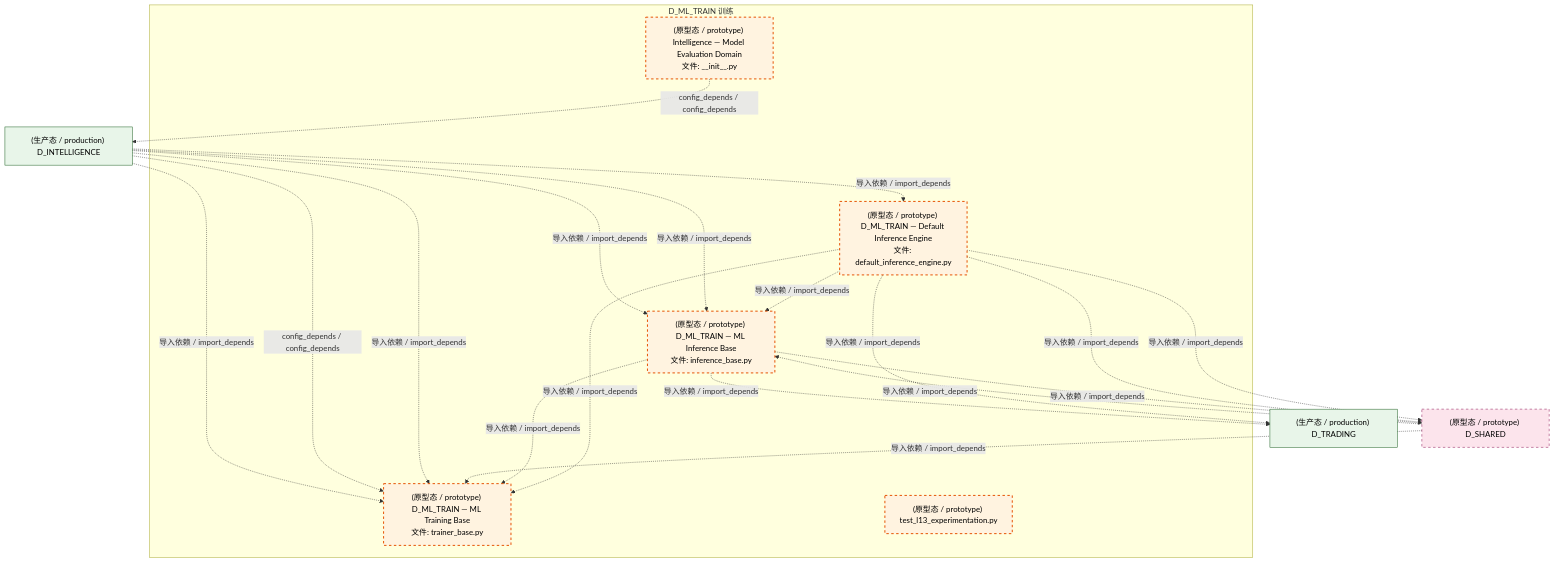
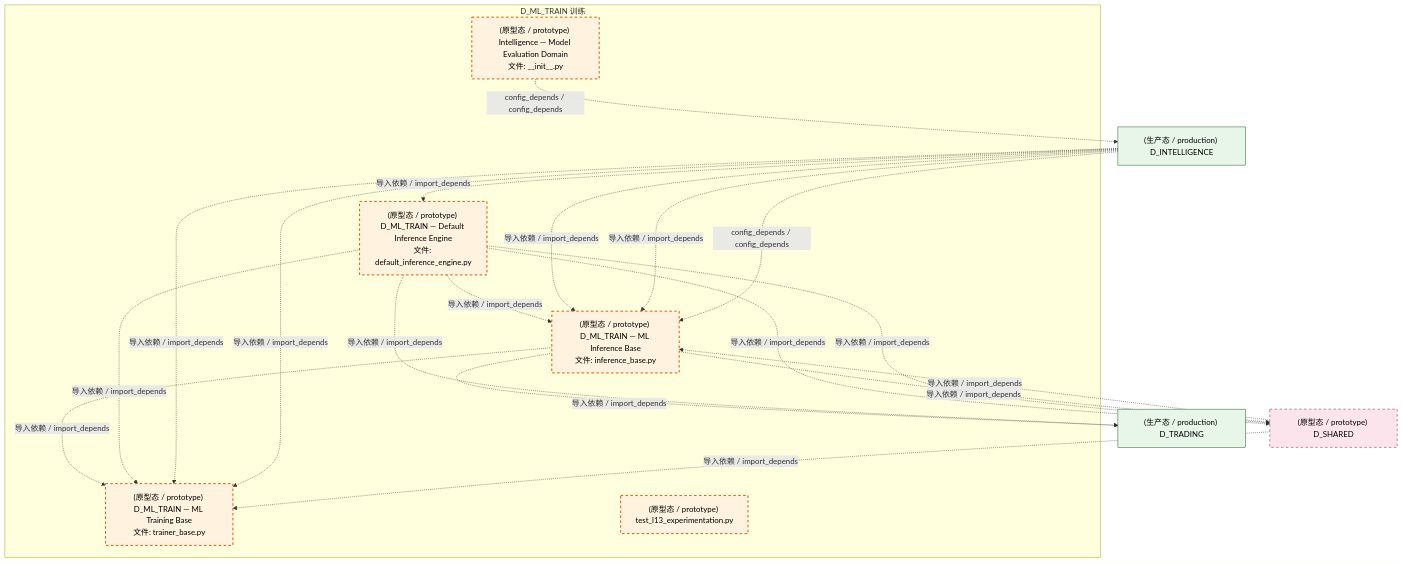
The third of 4 diagrams in docs/02_enterprise_architecture/02_domain_architecture_docs/50_d_ml_train.md (xuanFelixVan/ZephyrAlpha), drawn with Mermaid before and after one commit. The commit also changed other lines of this file and 126 other files, not shown here.

````diff
--- a/docs/02_enterprise_architecture/02_domain_architecture_docs/50_d_ml_train.md
+++ b/docs/02_enterprise_architecture/02_domain_architecture_docs/50_d_ml_train.md
@@ -139,37 +139,37 @@
 ```mermaid
 graph TD
     subgraph D_ML_TRAIN["D_ML_TRAIN 训练"]
         src_zephyr_intelligence_model_evaluation_init_py["(原型态 / prototype) Intelligence — Model Evaluation Domain<br/>文件: __init__.py"]
         src_zephyr_ml_train_implementations_default_inference_engine_py["(原型态 / prototype) D_ML_TRAIN — Default Inference Engine<br/>文件: default_inference_engine.py"]
         src_zephyr_ml_train_inference_base_py["(原型态 / prototype) D_ML_TRAIN — ML Inference Base<br/>文件: inference_base.py"]
         src_zephyr_ml_train_trainer_base_py["(原型态 / prototype) D_ML_TRAIN — ML Training Base<br/>文件: trainer_base.py"]
         tests_ml_experiment_test_l13_experimentation_py["(原型态 / prototype) test_l13_experimentation.py"]
     end
+    src_zephyr_ml_train_inference_base_py -.->|导入依赖 / import_depends| src_zephyr_ml_train_trainer_base_py
+    src_zephyr_ml_train_implementations_default_inference_engine_py -.->|导入依赖 / import_depends| src_zephyr_ml_train_inference_base_py
     src_zephyr_ml_train_implementations_default_inference_engine_py -.->|导入依赖 / import_depends| src_zephyr_ml_train_trainer_base_py
-    src_zephyr_ml_train_implementations_default_inference_engine_py -.->|导入依赖 / import_depends| src_zephyr_ml_train_inference_base_py
-    src_zephyr_ml_train_inference_base_py -.->|导入依赖 / import_depends| src_zephyr_ml_train_trainer_base_py
+    D_TRADING["(生产态 / production) D_TRADING"]
+    src_zephyr_ml_train_inference_base_py -.->|导入依赖 / import_depends| D_TRADING
+    src_zephyr_ml_train_implementations_default_inference_engine_py -.->|导入依赖 / import_depends| D_TRADING
+    D_SHARED["(原型态 / prototype) D_SHARED"]
+    src_zephyr_ml_train_implementations_default_inference_engine_py -.->|导入依赖 / import_depends| D_SHARED
+    src_zephyr_ml_train_implementations_default_inference_engine_py -.->|导入依赖 / import_depends| D_SHARED
     D_INTELLIGENCE["(生产态 / production) D_INTELLIGENCE"]
     src_zephyr_intelligence_model_evaluation_init_py -.->|config_depends / config_depends| D_INTELLIGENCE
-    D_SHARED["(原型态 / prototype) D_SHARED"]
-    src_zephyr_ml_train_implementations_default_inference_engine_py -.->|导入依赖 / import_depends| D_SHARED
-    D_TRADING["(生产态 / production) D_TRADING"]
-    src_zephyr_ml_train_implementations_default_inference_engine_py -.->|导入依赖 / import_depends| D_TRADING
-    src_zephyr_ml_train_implementations_default_inference_engine_py -.->|导入依赖 / import_depends| D_SHARED
-    src_zephyr_ml_train_inference_base_py -.->|导入依赖 / import_depends| D_TRADING
     src_zephyr_ml_train_inference_base_py -.->|导入依赖 / import_depends| D_SHARED
-    D_SHARED -.->|导入依赖 / import_depends| src_zephyr_ml_train_trainer_base_py
-    D_INTELLIGENCE -.->|导入依赖 / import_depends| src_zephyr_ml_train_trainer_base_py
-    D_INTELLIGENCE -.->|config_depends / config_depends| src_zephyr_ml_train_trainer_base_py
-    D_INTELLIGENCE -.->|导入依赖 / import_depends| src_zephyr_ml_train_trainer_base_py
     D_INTELLIGENCE -.->|导入依赖 / import_depends| src_zephyr_ml_train_implementations_default_inference_engine_py
     D_INTELLIGENCE -.->|导入依赖 / import_depends| src_zephyr_ml_train_inference_base_py
+    D_INTELLIGENCE -.->|导入依赖 / import_depends| src_zephyr_ml_train_trainer_base_py
     D_SHARED -.->|导入依赖 / import_depends| src_zephyr_ml_train_inference_base_py
     D_INTELLIGENCE -.->|导入依赖 / import_depends| src_zephyr_ml_train_inference_base_py
+    D_INTELLIGENCE -.->|导入依赖 / import_depends| src_zephyr_ml_train_trainer_base_py
+    D_SHARED -.->|导入依赖 / import_depends| src_zephyr_ml_train_trainer_base_py
+    D_INTELLIGENCE -.->|config_depends / config_depends| src_zephyr_ml_train_inference_base_py
     classDef production fill:#e1f5fe,stroke:#01579b,stroke-width:2px,color:#000
     classDef design fill:#fff3e0,stroke:#e65100,stroke-width:2px,color:#000,stroke-dasharray: 5 5
     classDef external_prod fill:#e8f5e9,stroke:#1b5e20,stroke-width:1px,color:#000
     classDef external_design fill:#fce4ec,stroke:#880e4f,stroke-width:1px,color:#000,stroke-dasharray: 5 5
     class src_zephyr_intelligence_model_evaluation_init_py,src_zephyr_ml_train_implementations_default_inference_engine_py,src_zephyr_ml_train_inference_base_py,src_zephyr_ml_train_trainer_base_py,tests_ml_experiment_test_l13_experimentation_py design
-    class D_INTELLIGENCE,D_TRADING external_prod
+    class D_TRADING,D_INTELLIGENCE external_prod
     class D_SHARED external_design
 ```
````
